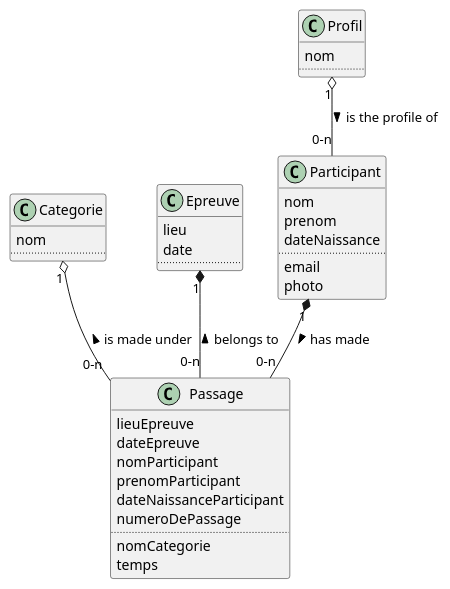
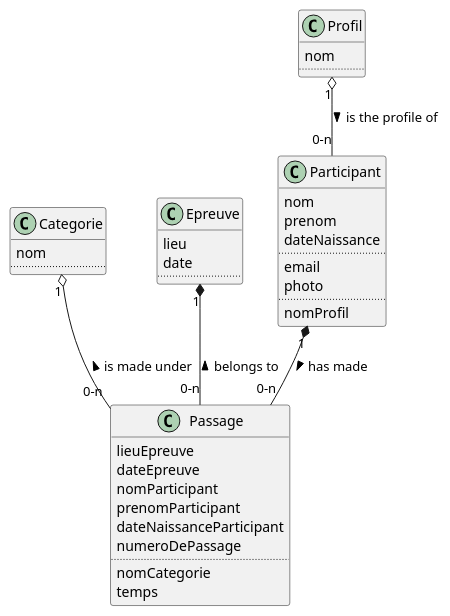
Before and after one commit to volnav2023/22-LogitudSki: the diagram in DataModelPhysicaOptimizedl.puml, drawn with PlantUML. The commit also changed 16 other files, not shown here.

```diff
--- a/DataModelPhysicaOptimizedl.puml
+++ b/DataModelPhysicaOptimizedl.puml
@@ -1,45 +1,47 @@
 @startuml
 
 class Participant {
 nom
 prenom
 dateNaissance
 ..
 email
 photo
+..
+nomProfil
 }
 
 class Categorie {
 nom
 ..
 }
 
 class Profil {
 nom
 ..
 }
 
 class Passage {
 lieuEpreuve
 dateEpreuve
 nomParticipant
 prenomParticipant
 dateNaissanceParticipant
 numeroDePassage
 ..
 nomCategorie
 temps
 }
 
 class Epreuve {
 lieu
 date
 ..
 }
 
 Categorie "1" o-- "0-n" Passage : is made under <
 Profil "1" o-- "0-n" Participant : is the profile of >
 Epreuve "1" *-- "0-n" Passage : belongs to <
 Participant "1" *-- "0-n" Passage : has made >
 
 @enduml
```
